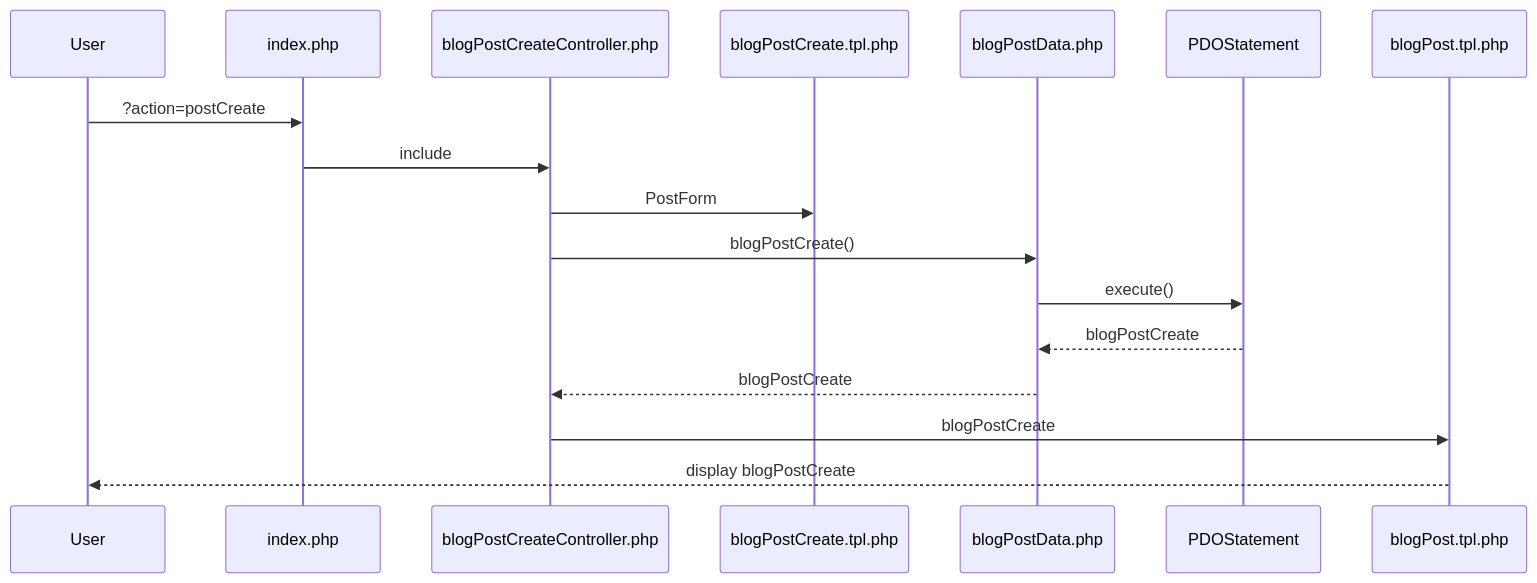
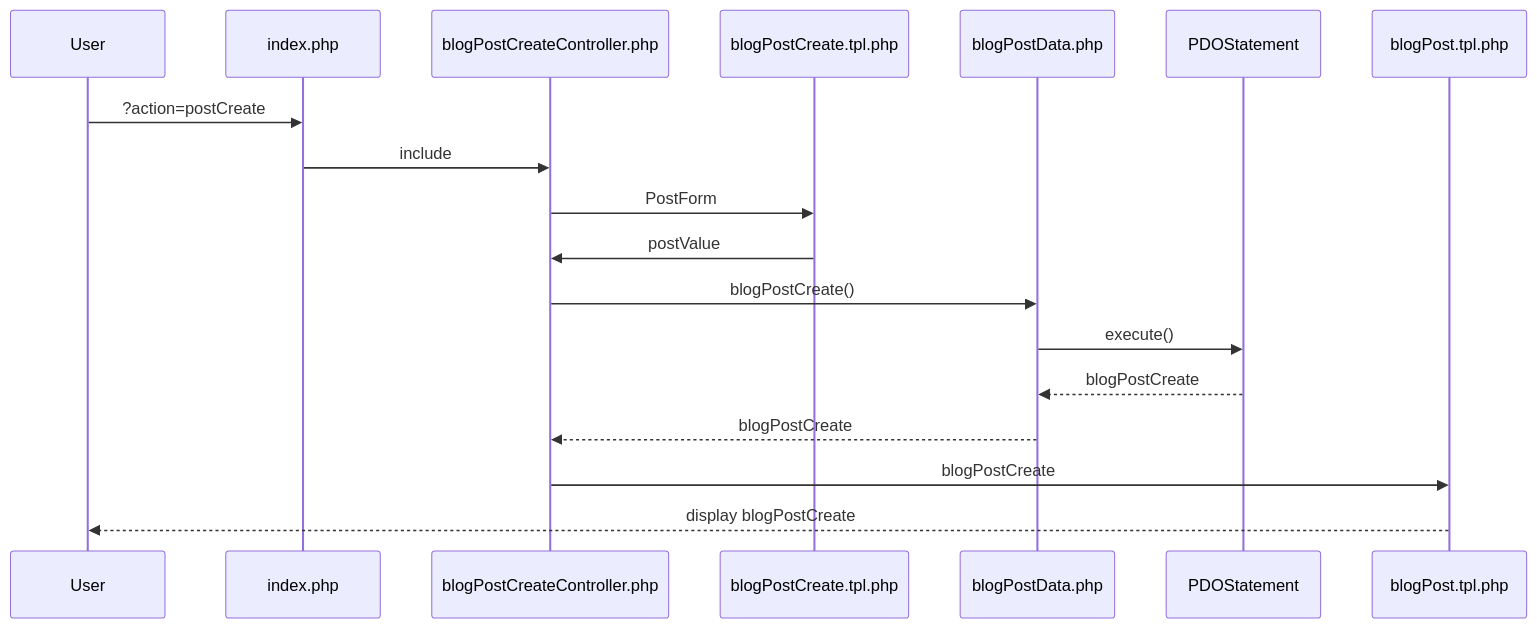
The fourth of 4 diagrams in doc/diagram.md (FlorentSCampus/blog), drawn with Mermaid before and after one commit.

````diff
--- a/doc/diagram.md
+++ b/doc/diagram.md
@@ -52,12 +52,13 @@
 ```mermaid
 sequenceDiagram
 User->>index.php: ?action=postCreate
 index.php->>blogPostCreateController.php: include
 blogPostCreateController.php->>blogPostCreate.tpl.php: PostForm
+blogPostCreate.tpl.php->>blogPostCreateController.php: postValue
 blogPostCreateController.php->>blogPostData.php: blogPostCreate()
 blogPostData.php->>PDOStatement: execute()
 PDOStatement-->>blogPostData.php: blogPostCreate
 blogPostData.php-->>blogPostCreateController.php: blogPostCreate
 blogPostCreateController.php->>blogPost.tpl.php: blogPostCreate
 blogPost.tpl.php-->>User: display blogPostCreate
 ```
````
